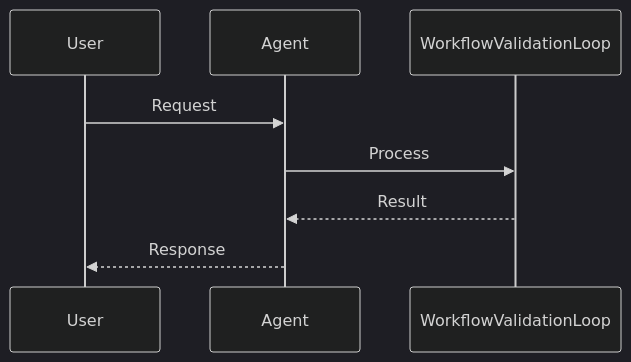
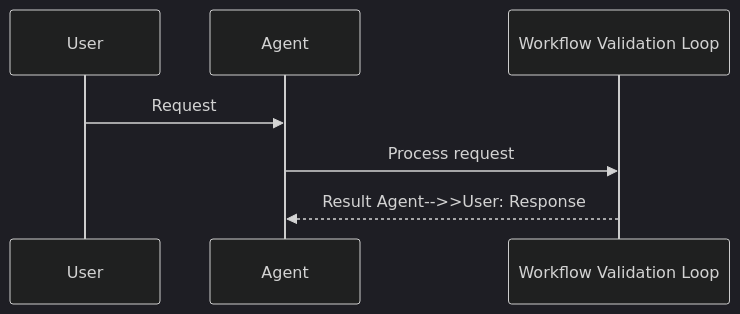
The second of 2 diagrams in docs/features/workflow-validation.mdx (MervinPraison/PraisonAIDocs), drawn with Mermaid (dark theme) before and after one commit. The commit also changed 204 other files, not shown here.

First line of the commit message:
docs: align feature/tool pages with AGENTS.md hero, sequence, and import standards (#1777)

````diff
--- a/docs/features/workflow-validation.mdx
+++ b/docs/features/workflow-validation.mdx
@@ -38,11 +38,10 @@
 ```mermaid
 sequenceDiagram
     participant User
     participant Agent
-    participant WorkflowValidationLoop
+    participant Feature as Workflow Validation Loop
 
     User->>Agent: Request
-    Agent->>WorkflowValidationLoop: Process
-    WorkflowValidationLoop-->>Agent: Result
-    Agent-->>User: Response
+    Agent->>Feature: Process request
+    Feature-->>Agent: Result    Agent-->>User: Response
 ```
````
